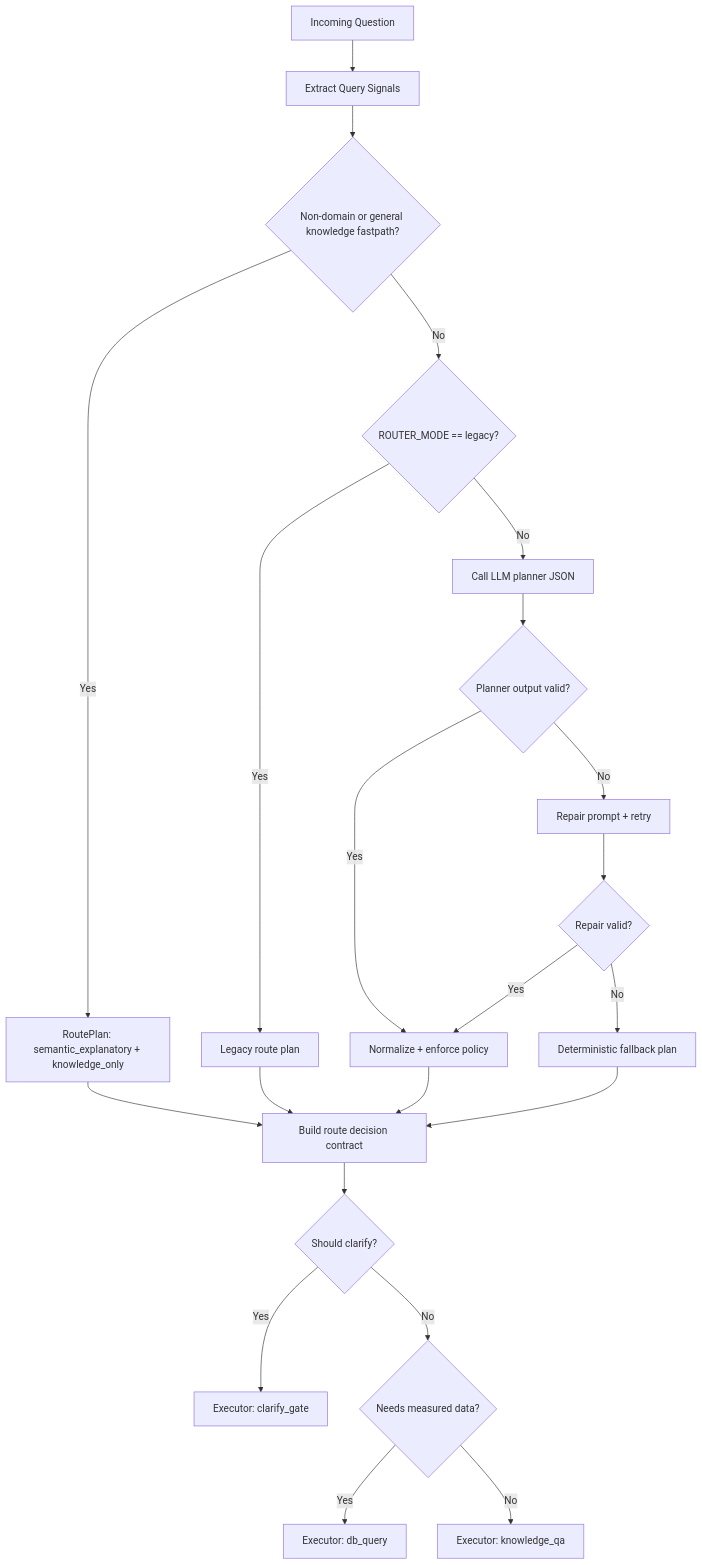
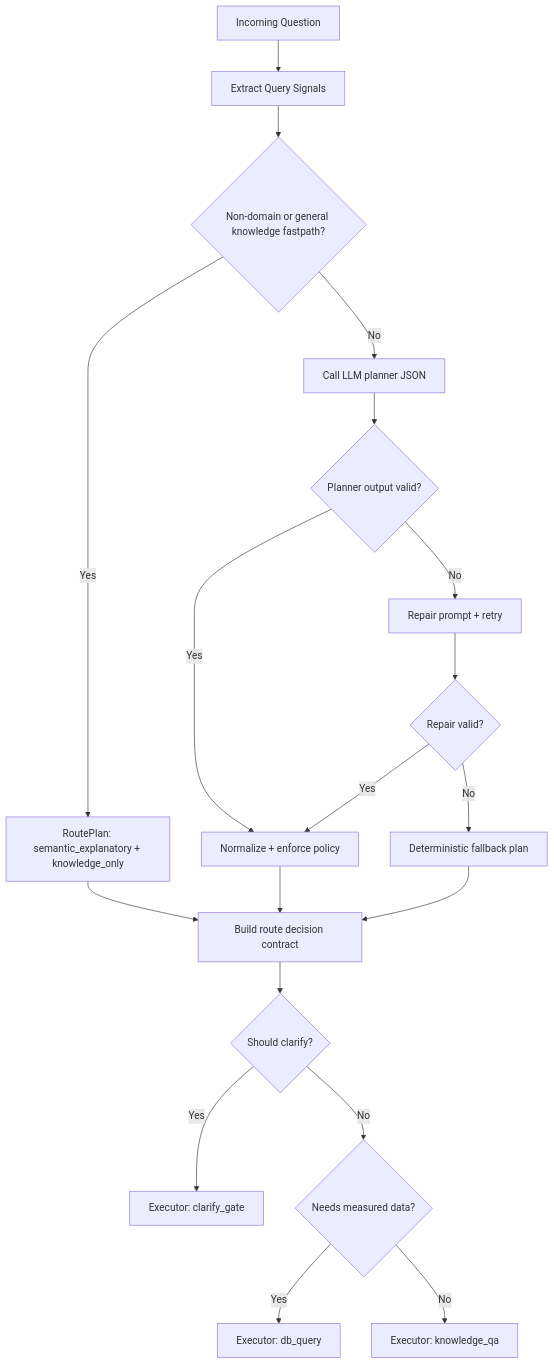
The fourth of 4 diagrams in docs/architecture_deep_dive.md (SMART-NYUAD/ieq-copilot-api), drawn with Mermaid before and after one commit. The commit also changed other lines of this file and 22 other files, not shown here.

````diff
--- a/docs/architecture_deep_dive.md
+++ b/docs/architecture_deep_dive.md
@@ -215,27 +227,23 @@
 ```mermaid
 flowchart TD
     Start[Incoming Question] --> Signals[Extract Query Signals]
     Signals --> Fastpath{Non-domain or general knowledge fastpath?}
     Fastpath -->|Yes| KnowledgeFastpath[RoutePlan: semantic_explanatory + knowledge_only]
-    Fastpath -->|No| PlannerMode{ROUTER_MODE == legacy?}
-
-    PlannerMode -->|Yes| LegacyPlan[Legacy route plan]
-    PlannerMode -->|No| PlannerTry[Call LLM planner JSON]
+    Fastpath -->|No| PlannerTry[Call LLM planner JSON]
     PlannerTry --> PlannerOK{Planner output valid?}
     PlannerOK -->|Yes| NormalizedPlan[Normalize + enforce policy]
     PlannerOK -->|No| RepairTry[Repair prompt + retry]
     RepairTry --> RepairOK{Repair valid?}
     RepairOK -->|Yes| NormalizedPlan
     RepairOK -->|No| FallbackPlan[Deterministic fallback plan]
 
     KnowledgeFastpath --> Contract[Build route decision contract]
-    LegacyPlan --> Contract
     NormalizedPlan --> Contract
     FallbackPlan --> Contract
 
     Contract --> Clarify{Should clarify?}
     Clarify -->|Yes| ClarifyExec[Executor: clarify_gate]
     Clarify -->|No| NeedDB{Needs measured data?}
     NeedDB -->|Yes| DBExec[Executor: db_query]
     NeedDB -->|No| KnowledgeExec[Executor: knowledge_qa]
 ```
````
